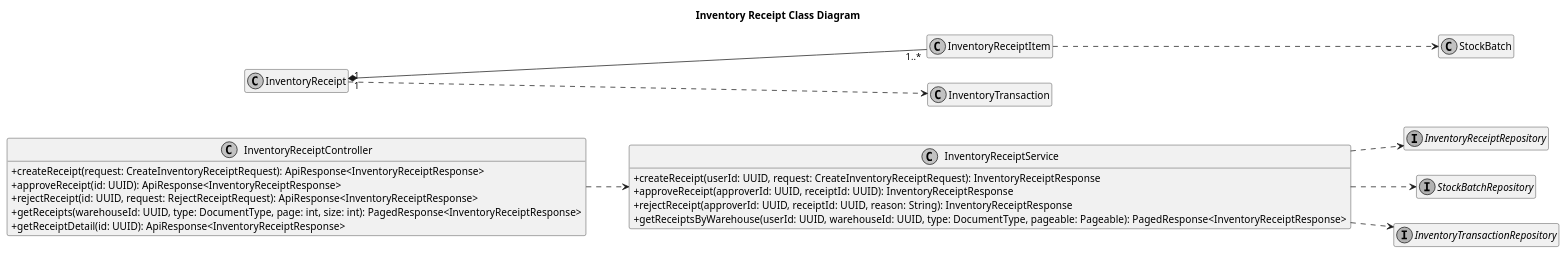
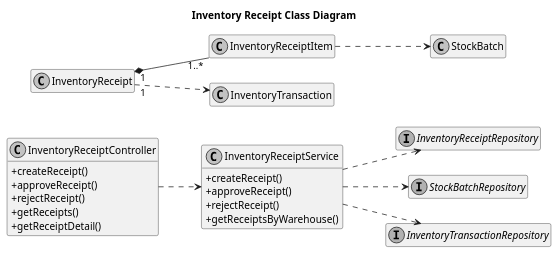
Before and after one commit to vinhleechem/StockSpace_BE: the first of 2 diagrams in docs/review3/diagrams/inventory-receipt.md, drawn with PlantUML. The commit also changed 17 other files, not shown here.

````diff
--- a/docs/review3/diagrams/inventory-receipt.md
+++ b/docs/review3/diagrams/inventory-receipt.md
@@ -5,43 +5,43 @@
 ```plantuml
 @startuml
 title Inventory Receipt Class Diagram
 skinparam monochrome true
 skinparam shadowing false
 skinparam backgroundColor transparent
 skinparam classAttributeIconSize 0
 hide empty members
 left to right direction
 
 class InventoryReceiptController {
-  +createReceipt(request: CreateInventoryReceiptRequest): ApiResponse<InventoryReceiptResponse>
-  +approveReceipt(id: UUID): ApiResponse<InventoryReceiptResponse>
-  +rejectReceipt(id: UUID, request: RejectReceiptRequest): ApiResponse<InventoryReceiptResponse>
-  +getReceipts(warehouseId: UUID, type: DocumentType, page: int, size: int): PagedResponse<InventoryReceiptResponse>
-  +getReceiptDetail(id: UUID): ApiResponse<InventoryReceiptResponse>
+  +createReceipt()
+  +approveReceipt()
+  +rejectReceipt()
+  +getReceipts()
+  +getReceiptDetail()
 }
 
 class InventoryReceiptService {
-  +createReceipt(userId: UUID, request: CreateInventoryReceiptRequest): InventoryReceiptResponse
-  +approveReceipt(approverId: UUID, receiptId: UUID): InventoryReceiptResponse
-  +rejectReceipt(approverId: UUID, receiptId: UUID, reason: String): InventoryReceiptResponse
-  +getReceiptsByWarehouse(userId: UUID, warehouseId: UUID, type: DocumentType, pageable: Pageable): PagedResponse<InventoryReceiptResponse>
+  +createReceipt()
+  +approveReceipt()
+  +rejectReceipt()
+  +getReceiptsByWarehouse()
 }
 
 interface InventoryReceiptRepository
 interface StockBatchRepository
 interface InventoryTransactionRepository
 
 class InventoryReceipt
 class InventoryReceiptItem
 class StockBatch
 class InventoryTransaction
 
 InventoryReceiptController ..> InventoryReceiptService
 InventoryReceiptService ..> InventoryReceiptRepository
 InventoryReceiptService ..> StockBatchRepository
 InventoryReceiptService ..> InventoryTransactionRepository
 InventoryReceipt "1" *-- "1..*" InventoryReceiptItem
 InventoryReceiptItem ..> StockBatch
 InventoryReceipt "1" ..> InventoryTransaction
 @enduml
 ```
````
